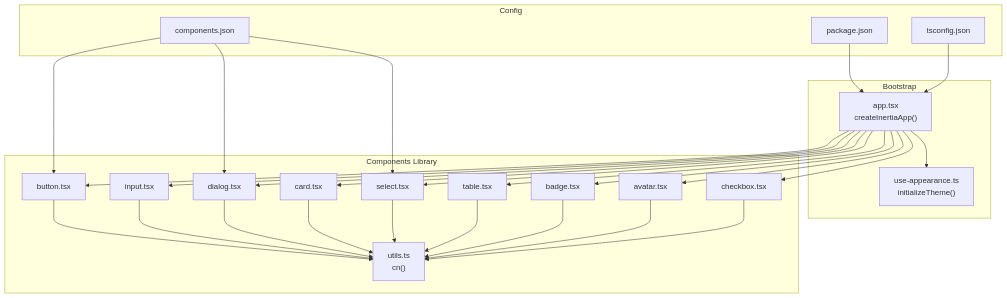
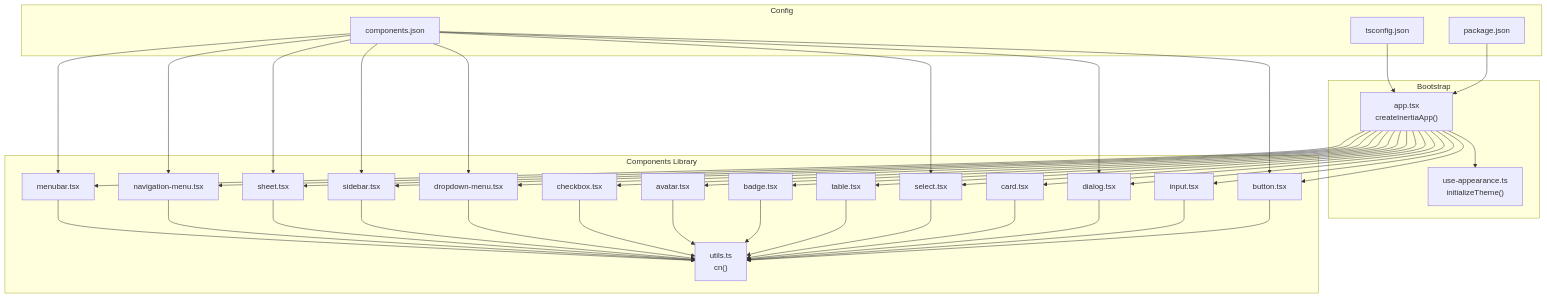
One commit to vincet0t15/template changed the second of 12 diagrams in .qoder/repowiki/en/content/Frontend Components & UI/Frontend Components & UI.md. Above: the diagram before and after it, drawn with Mermaid. The commit also changed other lines of this file and 7 other files, not shown here.

````diff
--- a/.qoder/repowiki/en/content/Frontend Components & UI/Frontend Components & UI.md
+++ b/.qoder/repowiki/en/content/Frontend Components & UI/Frontend Components & UI.md
@@ -133,46 +158,66 @@
 ```mermaid
 graph TB
 subgraph "Bootstrap"
 APP["app.tsx<br/>createInertiaApp()"] --> THEME["use-appearance.ts<br/>initializeTheme()"]
 end
 subgraph "Components Library"
 BTN["button.tsx"]
 INP["input.tsx"]
 DLG["dialog.tsx"]
 CAR["card.tsx"]
 SEL["select.tsx"]
 TAB["table.tsx"]
 BGD["badge.tsx"]
 AVA["avatar.tsx"]
 CHK["checkbox.tsx"]
+DDM["dropdown-menu.tsx"]
+SBD["sidebar.tsx"]
+SHT["sheet.tsx"]
+NVM["navigation-menu.tsx"]
+MBR["menubar.tsx"]
 CN["utils.ts<br/>cn()"]
 end
 subgraph "Config"
 CFG["components.json"]
 PKG["package.json"]
 TSC["tsconfig.json"]
 end
 APP --> BTN
 APP --> INP
 APP --> DLG
 APP --> CAR
 APP --> SEL
 APP --> TAB
 APP --> BGD
 APP --> AVA
 APP --> CHK
+APP --> DDM
+APP --> SBD
+APP --> SHT
+APP --> NVM
+APP --> MBR
 BTN --> CN
 INP --> CN
 DLG --> CN
 CAR --> CN
 SEL --> CN
 TAB --> CN
 BGD --> CN
 AVA --> CN
 CHK --> CN
+DDM --> CN
+SBD --> CN
+SHT --> CN
+NVM --> CN
+MBR --> CN
 CFG --> BTN
 CFG --> DLG
 CFG --> SEL
+CFG --> DDM
+CFG --> SBD
+CFG --> SHT
+CFG --> NVM
+CFG --> MBR
 PKG --> APP
 TSC --> APP
 ```
````
